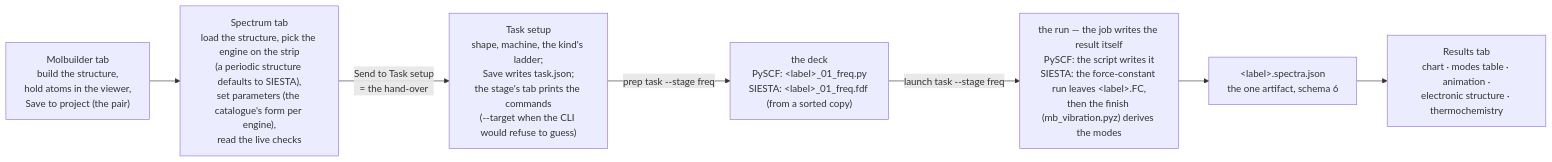
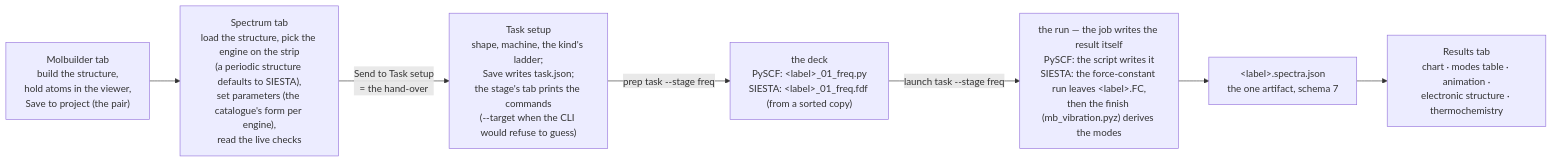
Before and after one commit to Qing-LAB/molbuilder: the first of 2 diagrams in docs/engines/vibration.md, drawn with Mermaid. The commit also changed other lines of this file and 39 other files, not shown here.

````diff
--- a/docs/engines/vibration.md
+++ b/docs/engines/vibration.md
@@ -185,9 +185,9 @@
 ```mermaid
 flowchart LR
   M["Molbuilder tab<br/>build the structure,<br/>hold atoms in the viewer,<br/>Save to project (the pair)"] --> S["Spectrum tab<br/>load the structure, pick the engine on the strip<br/>(a periodic structure defaults to SIESTA),<br/>set parameters (the catalogue's form per engine),<br/>read the live checks"]
   S -->|"Send to Task setup<br/>= the hand-over"| T["Task setup<br/>shape, machine, the kind's ladder;<br/>Save writes task.json;<br/>the stage's tab prints the commands<br/>(--target when the CLI would refuse to guess)"]
   T -->|"prep task --stage freq"| P["the deck<br/>PySCF: &lt;label&gt;_01_freq.py<br/>SIESTA: &lt;label&gt;_01_freq.fdf (from a sorted copy)"]
   P -->|"launch task --stage freq"| R["the run — the job writes the result itself<br/>PySCF: the script writes it<br/>SIESTA: the force-constant run leaves &lt;label&gt;.FC,<br/>then the finish (mb_vibration.pyz) derives the modes"]
-  R --> A["&lt;label&gt;.spectra.json<br/>the one artifact, schema 6"]
+  R --> A["&lt;label&gt;.spectra.json<br/>the one artifact, schema 7"]
   A --> V["Results tab<br/>chart · modes table · animation ·<br/>electronic structure · thermochemistry"]
 ```
````
